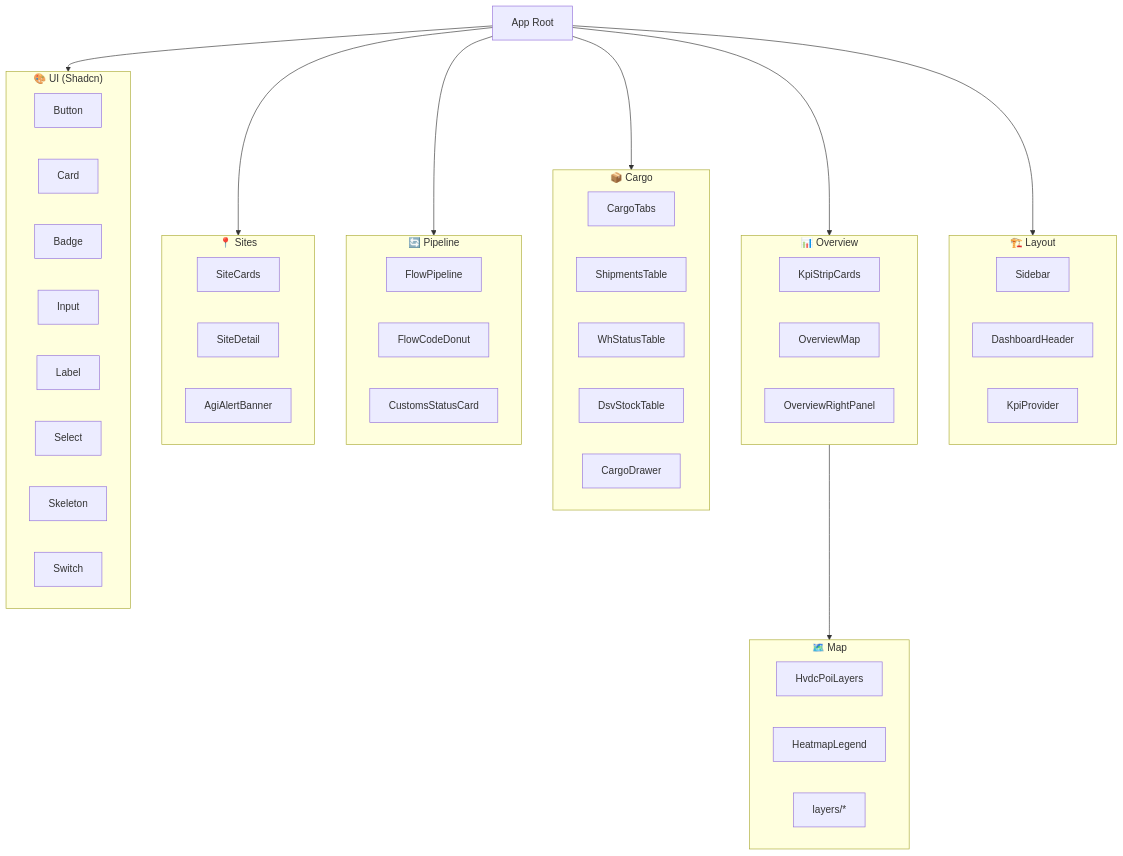
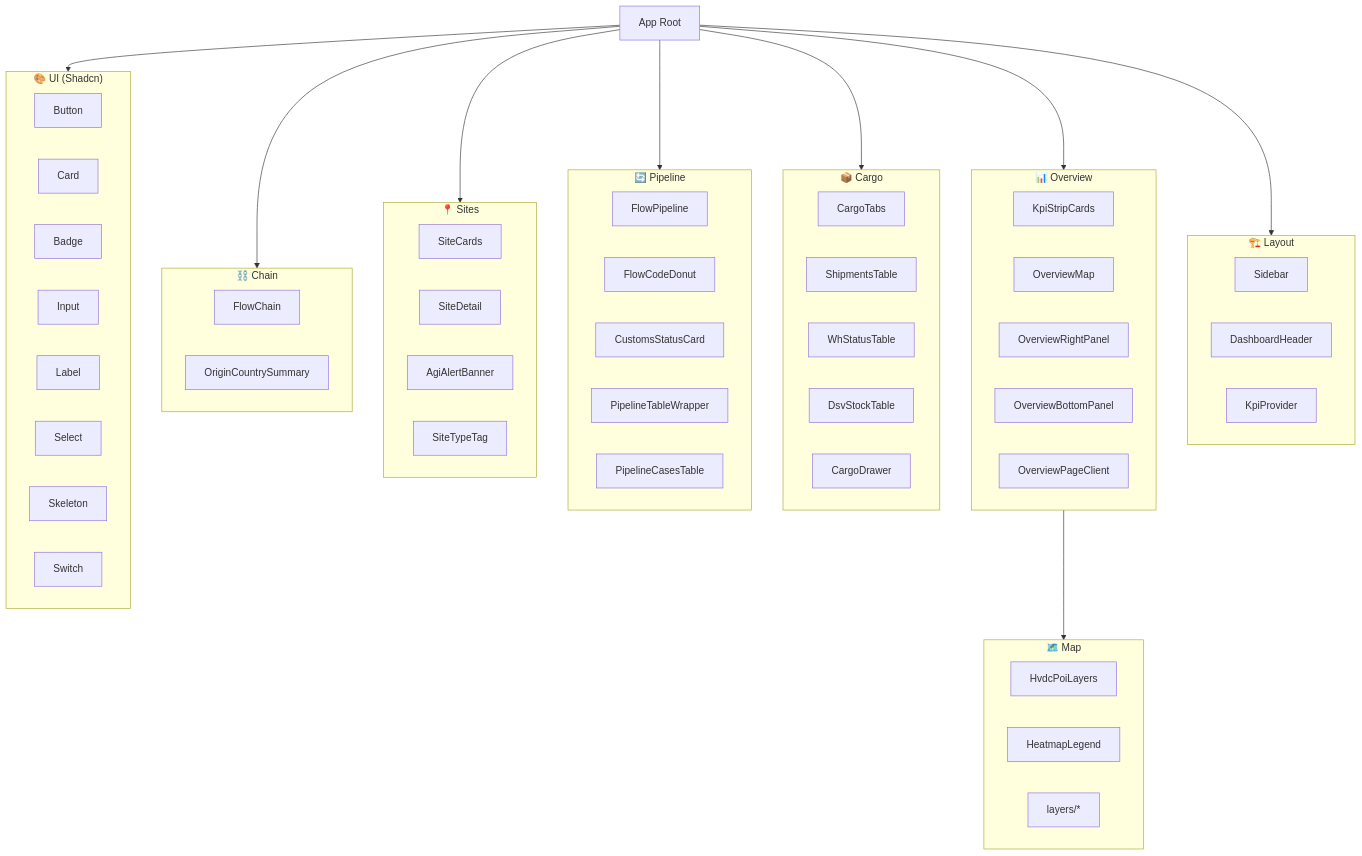
The first of 30 diagrams in apps/logistics-dashboard/docs/COMPONENTS.md (macho715/logi_hvdc_dash), drawn with Mermaid before and after one commit. The commit also changed other lines of this file and 80 other files, not shown here.

````diff
--- a/apps/logistics-dashboard/docs/COMPONENTS.md
+++ b/apps/logistics-dashboard/docs/COMPONENTS.md
@@ -25,61 +49,72 @@
 ```mermaid
 graph TD
     App["App Root"]
 
     subgraph Layout["🏗️ Layout"]
         Sidebar["Sidebar"]
         DashboardHeader["DashboardHeader"]
         KpiProvider["KpiProvider"]
     end
 
     subgraph Overview["📊 Overview"]
         KpiStripCards["KpiStripCards"]
         OverviewMap["OverviewMap"]
         OverviewRightPanel["OverviewRightPanel"]
+        OverviewBottomPanel["OverviewBottomPanel"]
+        OverviewPageClient["OverviewPageClient"]
     end
 
     subgraph MapComponents["🗺️ Map"]
         HvdcPoiLayers["HvdcPoiLayers"]
         HeatmapLegend["HeatmapLegend"]
         Layers["layers/*"]
     end
 
     subgraph Cargo["📦 Cargo"]
         CargoTabs["CargoTabs"]
         ShipmentsTable["ShipmentsTable"]
         WhStatusTable["WhStatusTable"]
         DsvStockTable["DsvStockTable"]
         CargoDrawer["CargoDrawer"]
     end
 
     subgraph Pipeline["🔄 Pipeline"]
         FlowPipeline["FlowPipeline"]
         FlowCodeDonut["FlowCodeDonut"]
         CustomsStatusCard["CustomsStatusCard"]
+        PipelineTableWrapper["PipelineTableWrapper"]
+        PipelineCasesTable["PipelineCasesTable"]
     end
 
     subgraph Sites["📍 Sites"]
         SiteCards["SiteCards"]
         SiteDetail["SiteDetail"]
         AgiAlertBanner["AgiAlertBanner"]
+        SiteTypeTag["SiteTypeTag"]
+    end
+
+    subgraph Chain["⛓️ Chain"]
+        FlowChain["FlowChain"]
+        OriginCountrySummary["OriginCountrySummary"]
     end
 
     subgraph UI["🎨 UI (Shadcn)"]
         Button["Button"]
         Card["Card"]
         Badge["Badge"]
         Input["Input"]
         Label["Label"]
         Select["Select"]
         Skeleton["Skeleton"]
         Switch["Switch"]
     end
 
     App --> Layout
     App --> Overview
     App --> Cargo
     App --> Pipeline
     App --> Sites
+    App --> Chain
     Overview --> MapComponents
     App --> UI
 ```
````
